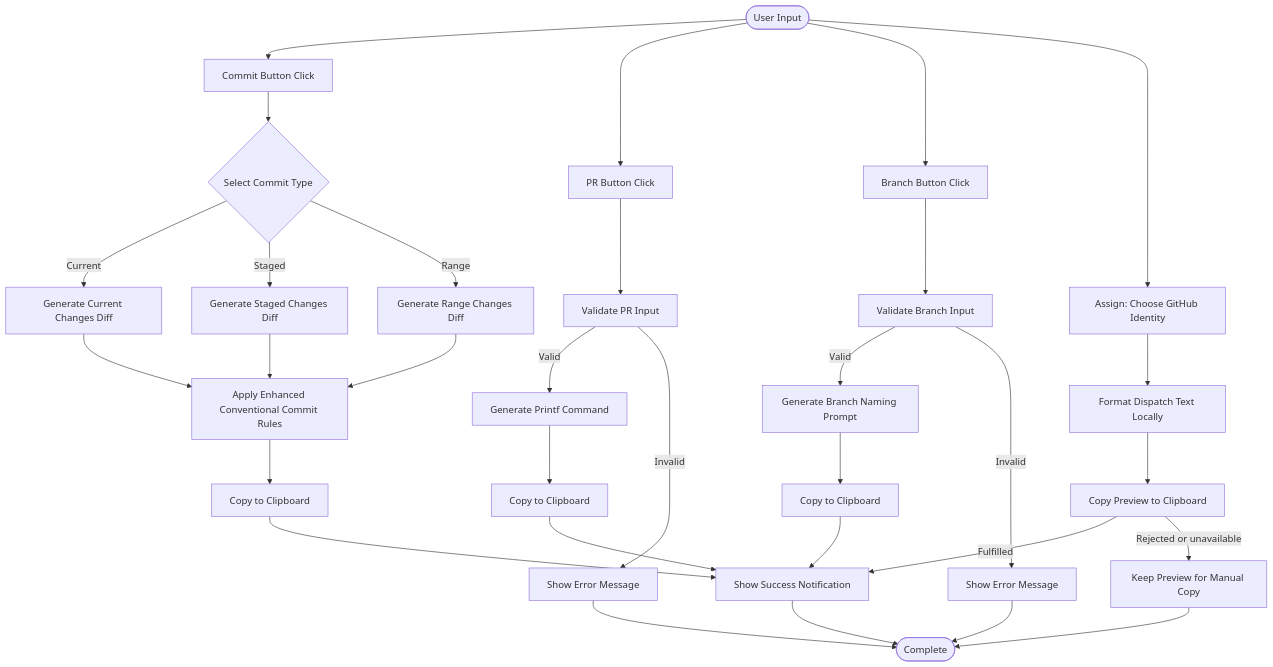
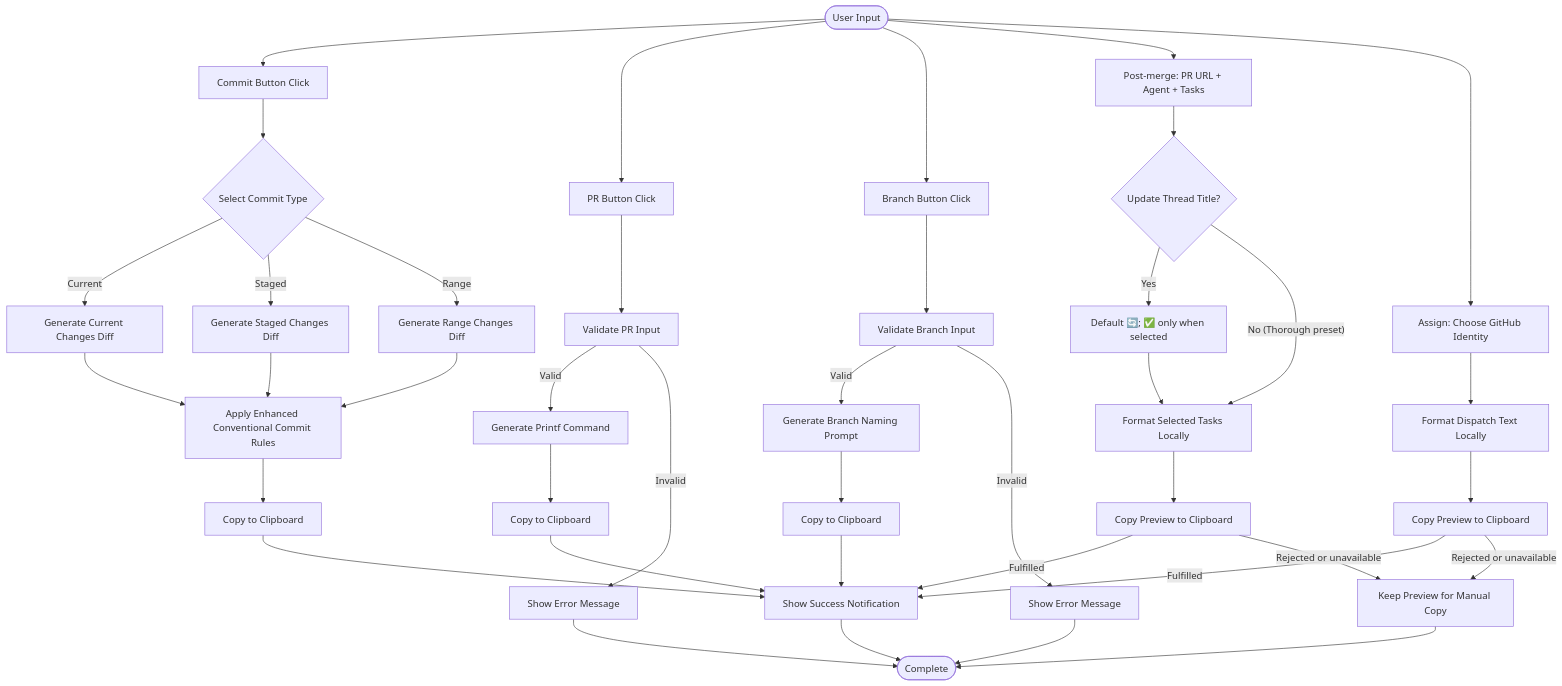
The second of 5 diagrams in README.md (HsiehShuJeng/scott-edge-extensions), drawn with Mermaid before and after one commit. The commit also changed other lines of this file and 9 other files, not shown here.

First line of the commit message:
feat(programming): refine post-merge modes

````diff
--- a/README.md
+++ b/README.md
@@ -97,40 +101,48 @@
 ```mermaid
 flowchart TD
     Start(["User Input"])
     Start --> CommitBtn["Commit Button Click"]
     Start --> PRBtn["PR Button Click"]
     Start --> BranchBtn["Branch Button Click"]
+    Start --> PostMergeInput["Post-merge: PR URL + Agent + Tasks"]
+    PostMergeInput --> TitleTask{"Update Thread Title?"}
+    TitleTask --> |"Yes"| Marker["Default 🔄; ✅ only when selected"]
+    TitleTask --> |"No (Thorough preset)"| FormatMerge["Format Selected Tasks Locally"]
+    Marker --> FormatMerge
+    FormatMerge --> CopyMerge["Copy Preview to Clipboard"]
+    CopyMerge --> |"Fulfilled"| Notify
+    CopyMerge --> |"Rejected or unavailable"| ManualAssign
     Start --> AssignBtn["Assign: Choose GitHub Identity"]
     AssignBtn --> AssignPrompt["Format Dispatch Text Locally"]
     AssignPrompt --> CopyAssign["Copy Preview to Clipboard"]
     CopyAssign --> |"Fulfilled"| Notify
     CopyAssign --> |"Rejected or unavailable"| ManualAssign["Keep Preview for Manual Copy"]
     ManualAssign --> End
     
     CommitBtn --> CommitType{"Select Commit Type"}
     CommitType --> |"Current"| CurrentDiff["Generate Current Changes Diff"]
     CommitType --> |"Staged"| StagedDiff["Generate Staged Changes Diff"]
     CommitType --> |"Range"| RangeDiff["Generate Range Changes Diff"]
     
     CurrentDiff --> EnhancedRules["Apply Enhanced Conventional Commit Rules"]
     StagedDiff --> EnhancedRules
     RangeDiff --> EnhancedRules
     EnhancedRules --> CopyCommit["Copy to Clipboard"]
     
     PRBtn --> ValidatePR["Validate PR Input"]
     ValidatePR --> |"Valid"| GeneratePRCmd["Generate Printf Command"]
     ValidatePR --> |"Invalid"| ShowPRError["Show Error Message"]
     GeneratePRCmd --> CopyPR["Copy to Clipboard"]
     
     BranchBtn --> ValidateBranch["Validate Branch Input"]
     ValidateBranch --> |"Valid"| GenerateBranchPrompt["Generate Branch Naming Prompt"]
     ValidateBranch --> |"Invalid"| ShowBranchError["Show Error Message"]
     GenerateBranchPrompt --> CopyBranch["Copy to Clipboard"]
     
     CopyCommit --> Notify["Show Success Notification"]
     CopyPR --> Notify
     CopyBranch --> Notify
     ShowPRError --> End
     ShowBranchError --> End
     Notify --> End(["Complete"])
 ```
````
